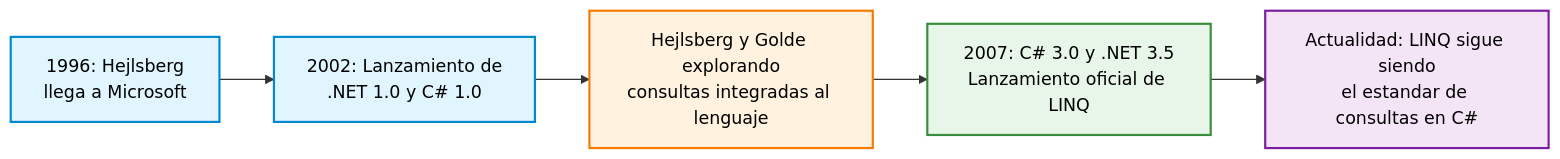
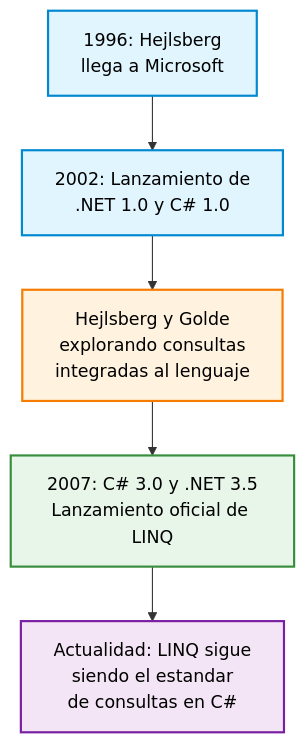
The first of 3 diagrams in docs/que-es-linq.md (mar991-c/Manual-linQ), drawn with Mermaid before and after one commit. The commit also changed other lines of this file and 1 other file, not shown here.

Commit message:
docs: actualizar

````diff
--- a/docs/que-es-linq.md
+++ b/docs/que-es-linq.md
@@ -11,18 +11,15 @@
 ```mermaid
-graph LR
+graph TD
     A[1996: Hejlsberg<br/>llega a Microsoft] --> B[2002: Lanzamiento de<br/>.NET 1.0 y C# 1.0]
-    B --> C[Hejlsberg y Golde explorando<br/>consultas integradas al lenguaje]
+    B --> C[Hejlsberg y Golde<br/>explorando consultas<br/>integradas al lenguaje]
     C --> D[2007: C# 3.0 y .NET 3.5<br/>Lanzamiento oficial de LINQ]
-    D --> E[Actualidad: LINQ sigue siendo<br/>el estandar de consultas en C#]
-
-    classDef darkText color:#000;
-    class A,B,C,D,E darkText;
-
-    style A fill:#e1f5fe,stroke:#0288d1,stroke-width:2px
-    style B fill:#e1f5fe,stroke:#0288d1,stroke-width:2px
-    style C fill:#fff3e0,stroke:#f57c00,stroke-width:2px
-    style D fill:#e8f5e9,stroke:#388e3c,stroke-width:2px
-    style E fill:#f3e5f5,stroke:#7b1fa2,stroke-width:2px
-
+    D --> E[Actualidad: LINQ sigue<br/>siendo el estandar<br/>de consultas en C#]
+ 
+    style A fill:#e1f5fe,stroke:#0288d1,stroke-width:2px,color:#000
+    style B fill:#e1f5fe,stroke:#0288d1,stroke-width:2px,color:#000
+    style C fill:#fff3e0,stroke:#f57c00,stroke-width:2px,color:#000
+    style D fill:#e8f5e9,stroke:#388e3c,stroke-width:2px,color:#000
+    style E fill:#f3e5f5,stroke:#7b1fa2,stroke-width:2px,color:#000
+ 
     linkStyle default color:#9ca3af
 ```
````
